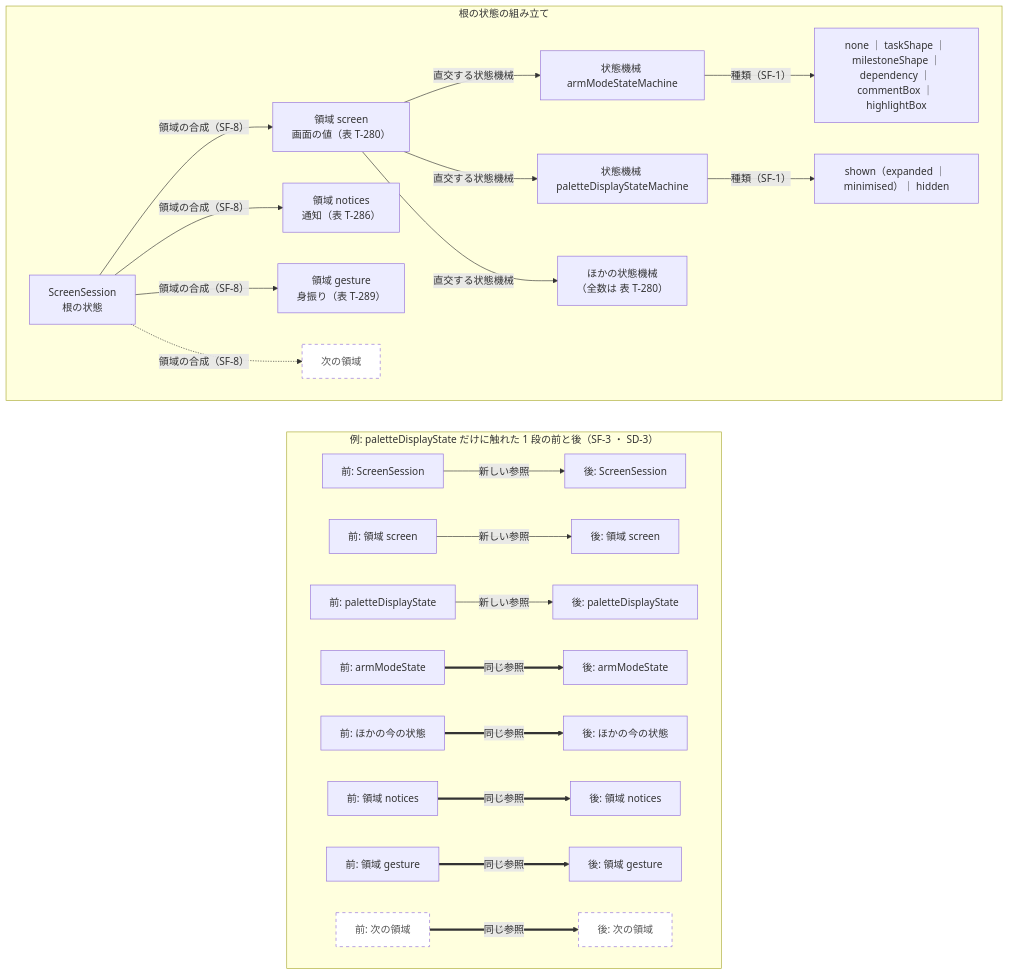
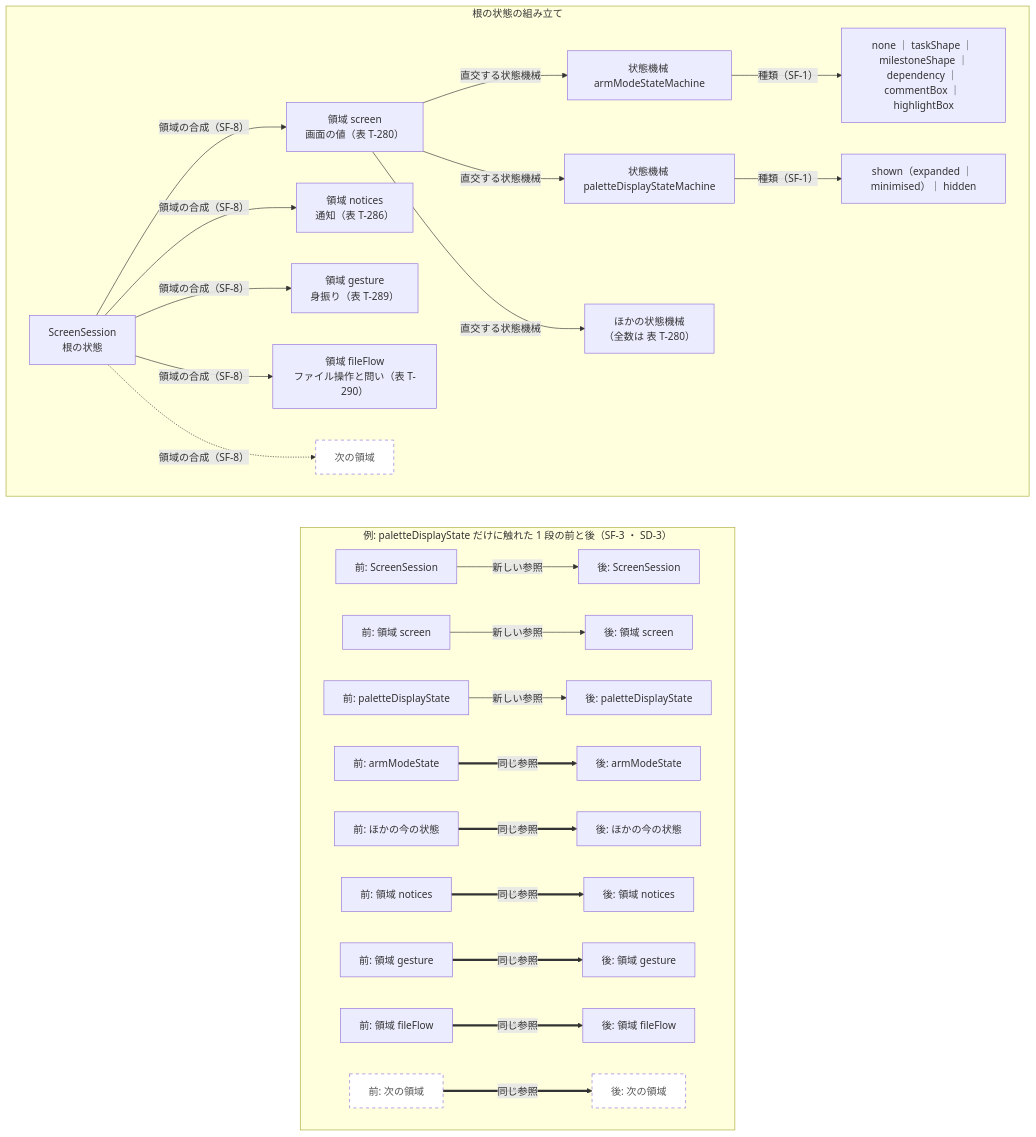
One commit to GoodRelax/gr-scheduler changed the fourth of 4 diagrams in docs/spec/05-07-design.md. Above: the diagram before and after it, drawn with Mermaid. The commit also changed other lines of this file and 18 other files, not shown here.

````diff
--- a/docs/spec/05-07-design.md
+++ b/docs/spec/05-07-design.md
@@ -1052,39 +1054,42 @@
 ```mermaid
 flowchart TB
     subgraph Shape["根の状態の組み立て"]
         direction LR
         Root["ScreenSession<br>根の状態"]
         Screen["領域 screen<br>画面の値（表 T-280）"]
         Notices["領域 notices<br>通知（表 T-286）"]
         Gesture["領域 gesture<br>身振り（表 T-289）"]
+        FileFlow["領域 fileFlow<br>ファイル操作と問い（表 T-290）"]
         Next["次の領域"]:::future
         Armed["状態機械 armModeStateMachine"]
         Palette["状態機械 paletteDisplayStateMachine"]
         Others["ほかの状態機械<br>（全数は 表 T-280）"]
         ArmedK["none ｜ taskShape ｜ milestoneShape ｜<br>dependency ｜ commentBox ｜ highlightBox"]
         PaletteK["shown（expanded ｜ minimised）｜ hidden"]
         Root -->|"領域の合成（SF-8）"| Screen
         Root -->|"領域の合成（SF-8）"| Notices
         Root -->|"領域の合成（SF-8）"| Gesture
+        Root -->|"領域の合成（SF-8）"| FileFlow
         Root -.->|"領域の合成（SF-8）"| Next
         Screen -->|"直交する状態機械"| Armed
         Screen -->|"直交する状態機械"| Palette
         Screen -->|"直交する状態機械"| Others
         Armed -->|"種類（SF-1）"| ArmedK
         Palette -->|"種類（SF-1）"| PaletteK
     end
     subgraph Step["例: paletteDisplayState だけに触れた 1 段の前と後（SF-3 ・ SD-3）"]
         direction LR
         R0["前: ScreenSession"] -->|"新しい参照"| R1["後: ScreenSession"]
         S0["前: 領域 screen"] -->|"新しい参照"| S1["後: 領域 screen"]
         P0["前: paletteDisplayState"] -->|"新しい参照"| P1["後: paletteDisplayState"]
         A0["前: armModeState"] ==>|"同じ参照"| A1["後: armModeState"]
         O0["前: ほかの今の状態"] ==>|"同じ参照"| O1["後: ほかの今の状態"]
         M0["前: 領域 notices"] ==>|"同じ参照"| M1["後: 領域 notices"]
         G0["前: 領域 gesture"] ==>|"同じ参照"| G1["後: 領域 gesture"]
+        F0["前: 領域 fileFlow"] ==>|"同じ参照"| F1["後: 領域 fileFlow"]
         N0["前: 次の領域"]:::future ==>|"同じ参照"| N1["後: 次の領域"]:::future
     end
     Shape ~~~ Step
 
     classDef future stroke-dasharray: 5 5,fill:#fff,color:#555
 ```
````
